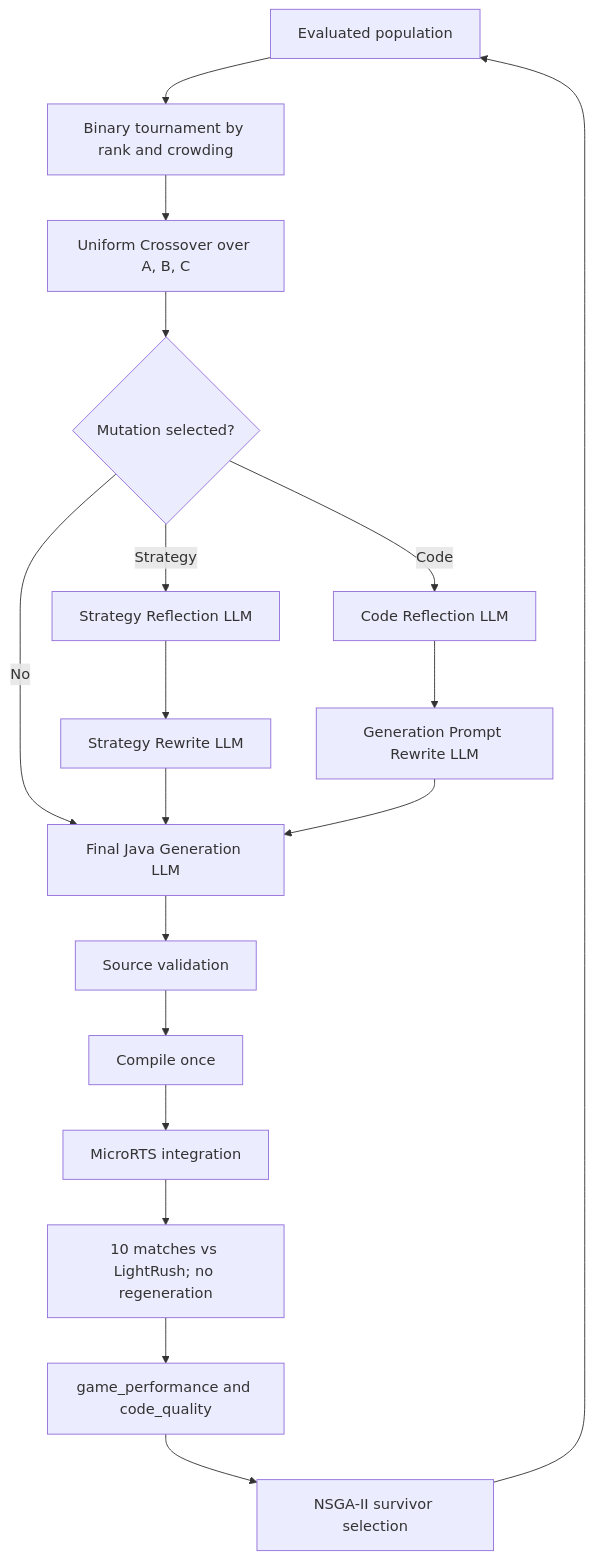
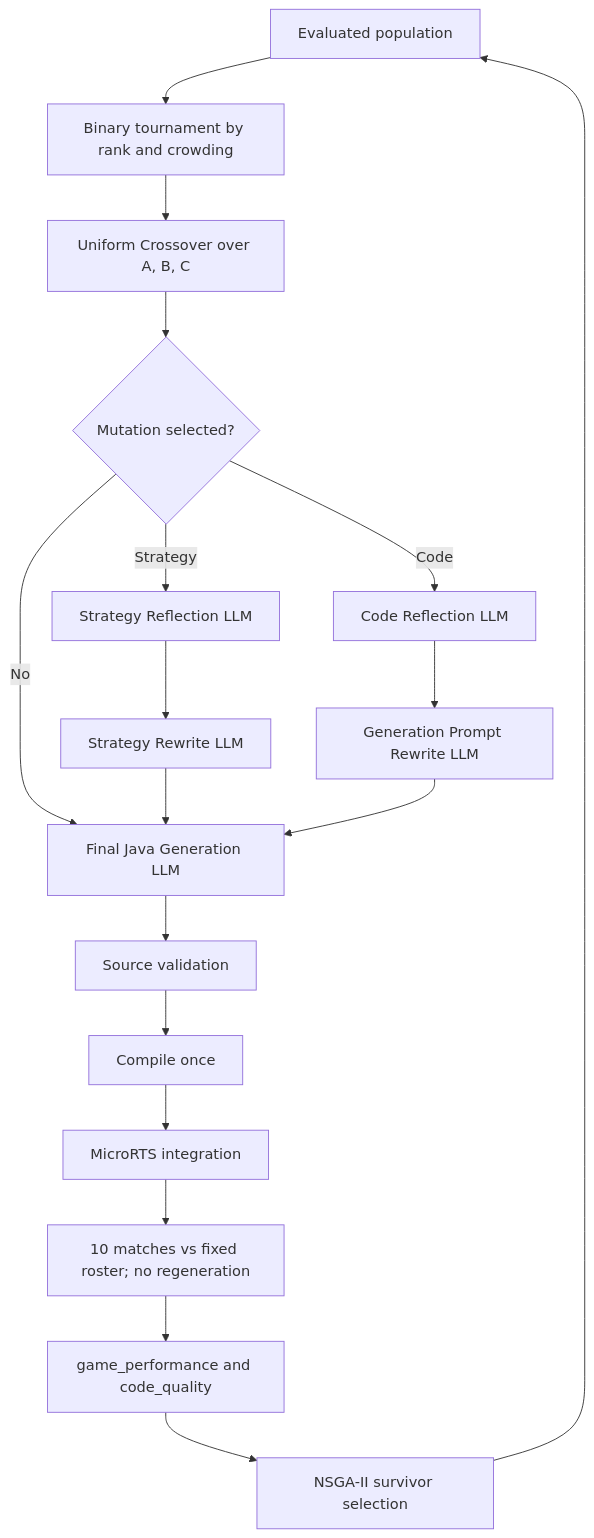
One commit to sophie8909/EAGLE changed the diagram in docs/architecture/overview.md. Above: the diagram before and after it, drawn with Mermaid. The commit also changed other lines of this file and 14 other files, not shown here.

Commit message:
Align evaluation pipeline with architecture contract

````diff
--- a/docs/architecture/overview.md
+++ b/docs/architecture/overview.md
@@ -30,13 +30,13 @@
 ```mermaid
 flowchart TD
     P["Evaluated population"] --> S["Binary tournament by rank and crowding"]
     S --> X["Uniform Crossover over A, B, C"]
     X --> M{"Mutation selected?"}
     M -->|No| G["Final Java Generation LLM"]
     M -->|Strategy| SR["Strategy Reflection LLM"] --> SW["Strategy Rewrite LLM"] --> G
     M -->|Code| CR["Code Reflection LLM"] --> CW["Generation Prompt Rewrite LLM"] --> G
     G --> V["Source validation"] --> C["Compile once"] --> I["MicroRTS integration"]
-    I --> E["10 matches vs LightRush; no regeneration"]
+    I --> E["10 matches vs fixed roster; no regeneration"]
     E --> O["game_performance and code_quality"]
     O --> N["NSGA-II survivor selection"] --> P
 ```
````
